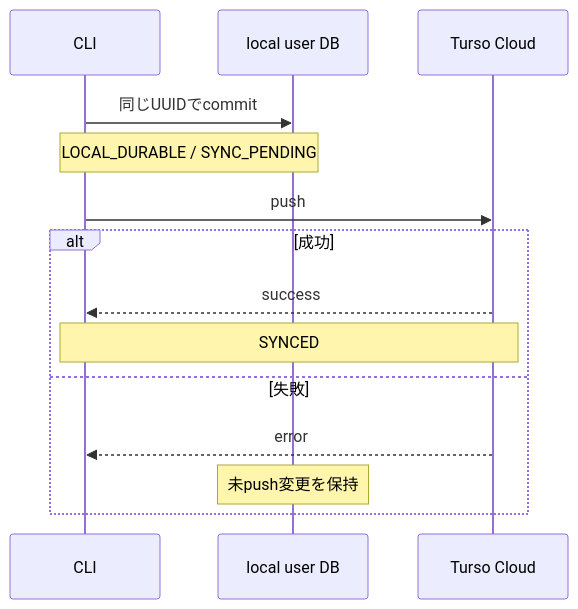
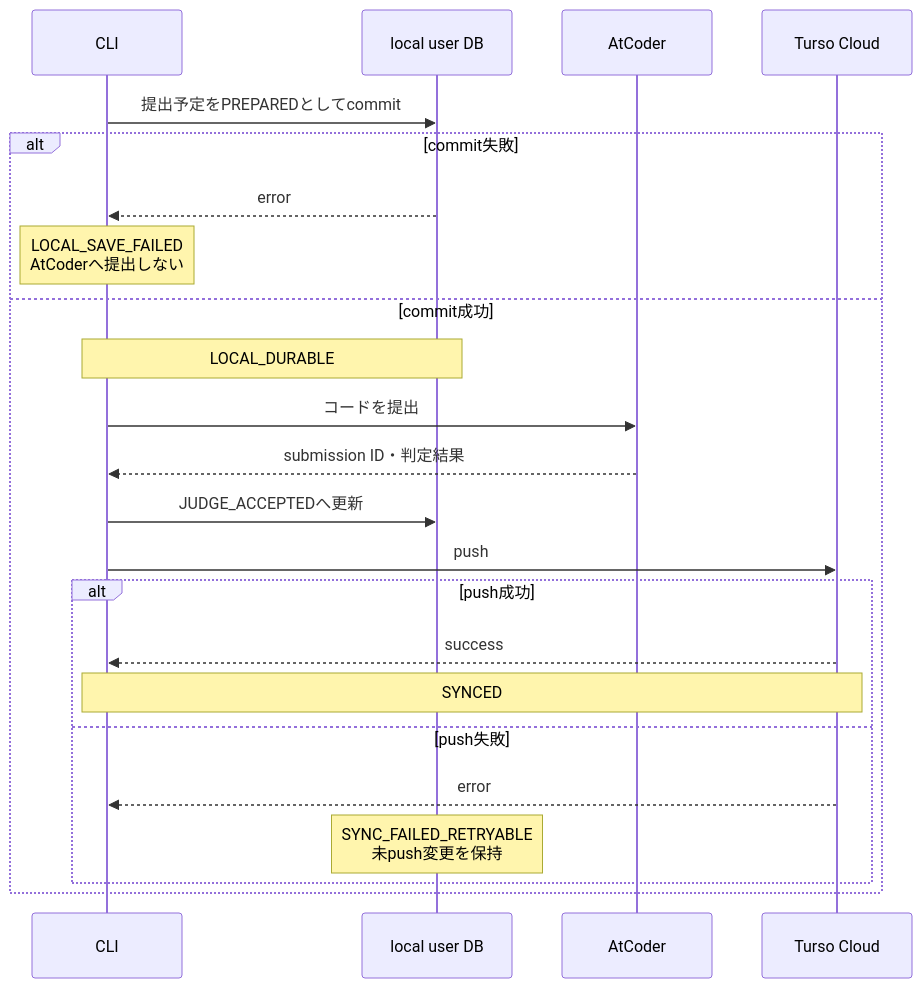
One commit to mgmaru/algo-loom changed the seventh of 9 diagrams in database/turso-migration-compatibility-design.md. Above: the diagram before and after it, drawn with Mermaid. The commit also changed other lines of this file, not shown here.

````diff
--- a/database/turso-migration-compatibility-design.md
+++ b/database/turso-migration-compatibility-design.md
@@ -440,17 +473,26 @@
 ```mermaid
 sequenceDiagram
     participant C as CLI
     participant L as local user DB
+    participant A as AtCoder
     participant T as Turso Cloud
 
-    C->>L: 同じUUIDでcommit
-    Note over C,L: LOCAL_DURABLE / SYNC_PENDING
-    C->>T: push
-    alt 成功
-        T-->>C: success
-        Note over C,T: SYNCED
-    else 失敗
-        T-->>C: error
-        Note over L: 未push変更を保持
+    C->>L: 提出予定をPREPAREDとしてcommit
+    alt commit失敗
+        L-->>C: error
+        Note over C: LOCAL_SAVE_FAILED<br/>AtCoderへ提出しない
+    else commit成功
+        Note over C,L: LOCAL_DURABLE
+        C->>A: コードを提出
+        A-->>C: submission ID・判定結果
+        C->>L: JUDGE_ACCEPTEDへ更新
+        C->>T: push
+        alt push成功
+            T-->>C: success
+            Note over C,T: SYNCED
+        else push失敗
+            T-->>C: error
+            Note over L: SYNC_FAILED_RETRYABLE<br/>未push変更を保持
+        end
     end
 ```
````
